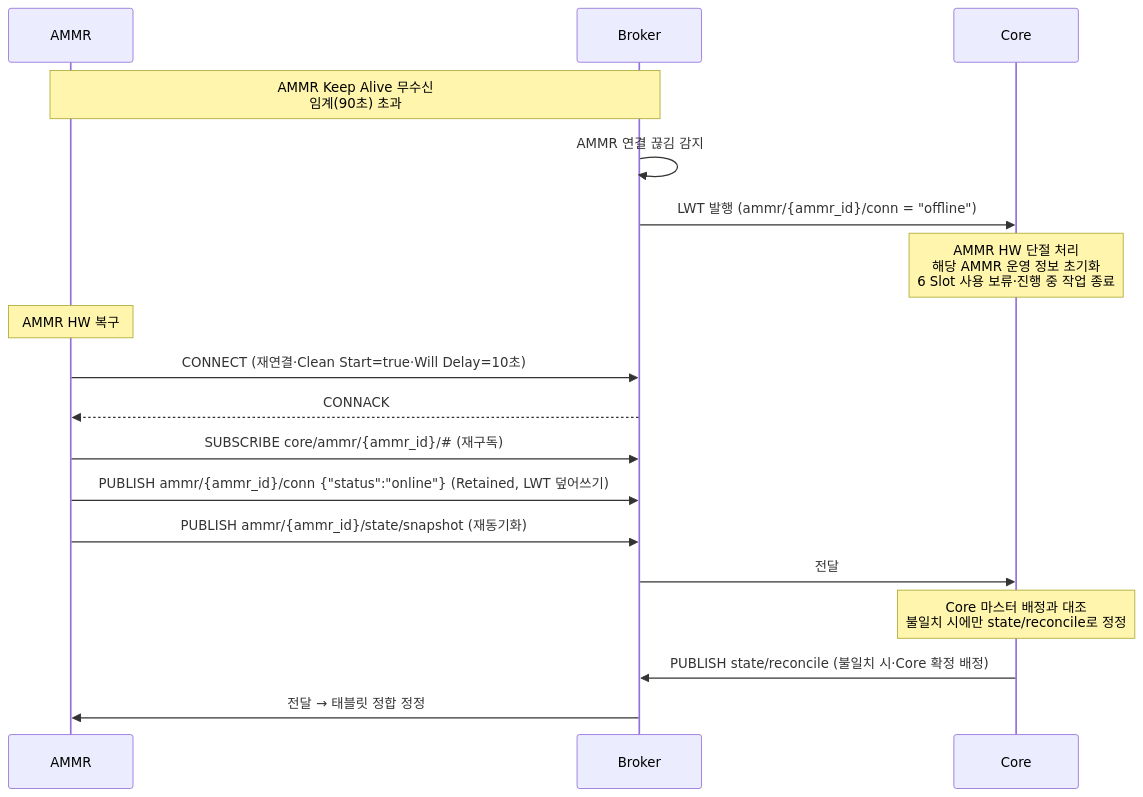
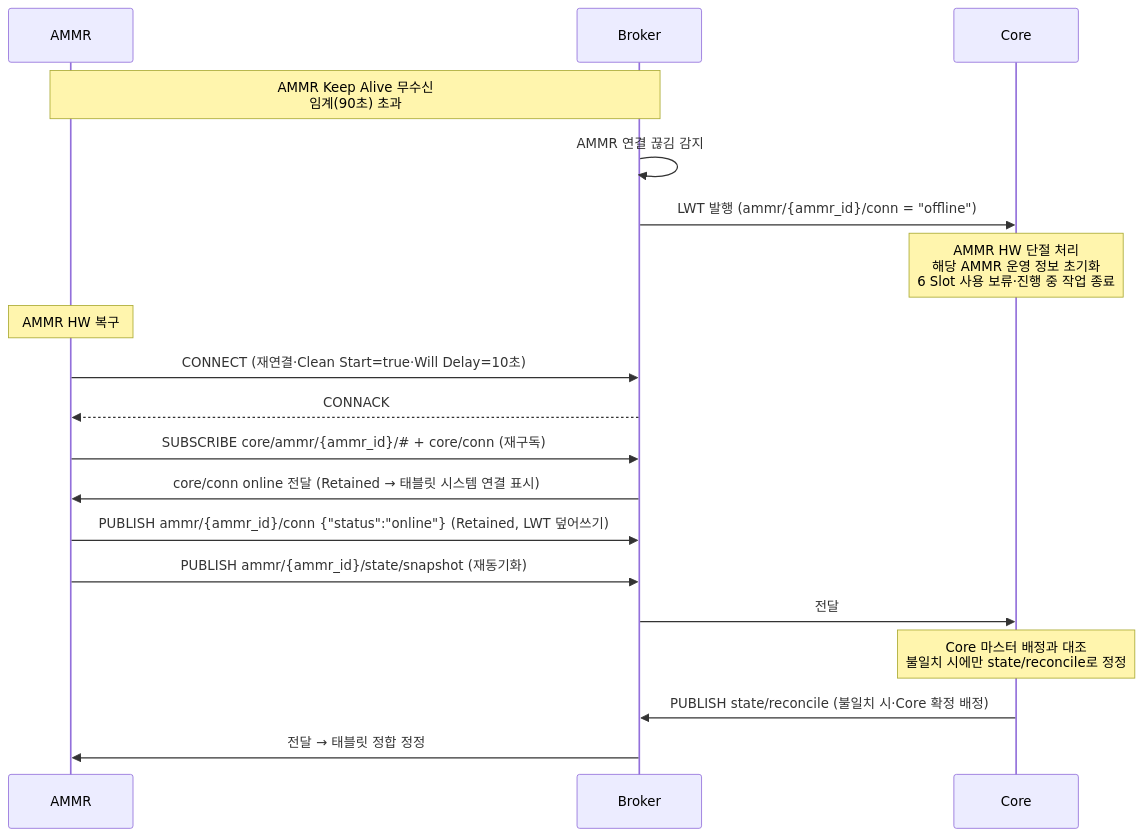
Before and after one commit to kimminsu0315/Core-Docs: diagram 12 of 13 in docs/out/Core_ICD_AMMR.md, drawn with Mermaid. The commit also changed other lines of this file and 3 other files, not shown here.

````diff
--- a/docs/out/Core_ICD_AMMR.md
+++ b/docs/out/Core_ICD_AMMR.md
@@ -1134,22 +1147,23 @@
 ```mermaid
 sequenceDiagram
     participant A as AMMR
     participant B as Broker
     participant C as Core
 
     Note over A,B: AMMR Keep Alive 무수신<br/>임계(90초) 초과
     B->>B: AMMR 연결 끊김 감지
     B->>C: LWT 발행 (ammr/{ammr_id}/conn = "offline")
     Note over C: AMMR HW 단절 처리<br/>해당 AMMR 운영 정보 초기화<br/>6 Slot 사용 보류·진행 중 작업 종료
 
     Note over A: AMMR HW 복구
     A->>B: CONNECT (재연결·Clean Start=true·Will Delay=10초)
     B-->>A: CONNACK
-    A->>B: SUBSCRIBE core/ammr/{ammr_id}/#35; (재구독)
+    A->>B: SUBSCRIBE core/ammr/{ammr_id}/#35; + core/conn (재구독)
+    B->>A: core/conn online 전달 (Retained → 태블릿 시스템 연결 표시)
     A->>B: PUBLISH ammr/{ammr_id}/conn {"status":"online"} (Retained, LWT 덮어쓰기)
     A->>B: PUBLISH ammr/{ammr_id}/state/snapshot (재동기화)
     B->>C: 전달
     Note over C: Core 마스터 배정과 대조<br/>불일치 시에만 state/reconcile로 정정
     C->>B: PUBLISH state/reconcile (불일치 시·Core 확정 배정)
     B->>A: 전달 → 태블릿 정합 정정
 ```
````
